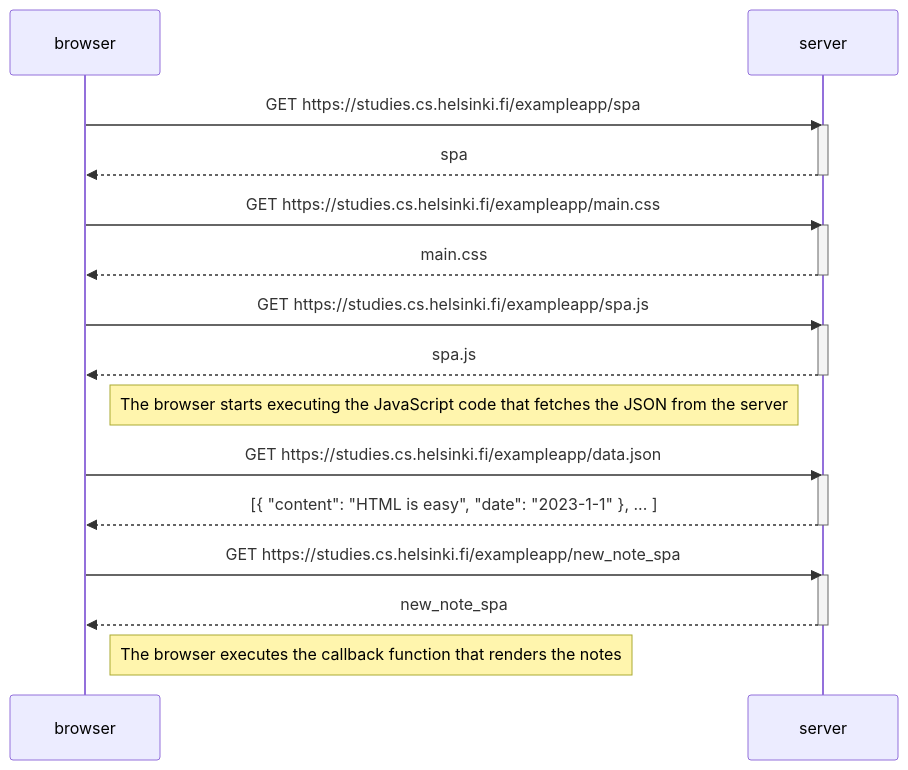
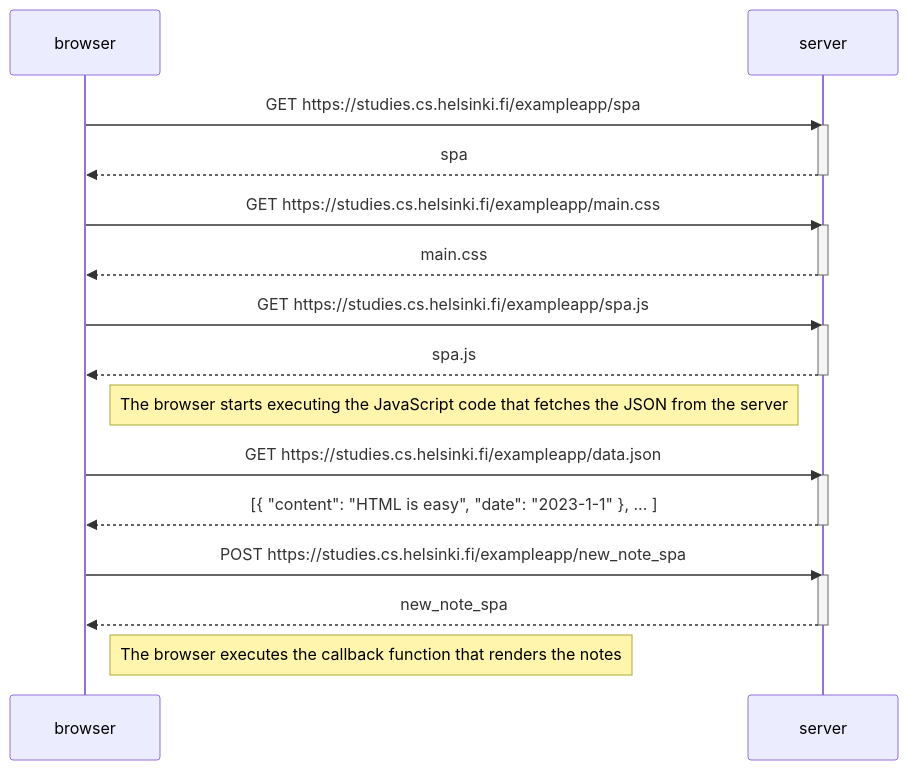
One commit to dariyavali007/FullStackOpenSubmissions changed the diagram in part0/0.6: New note in Single page app diagram.md. Above: the diagram before and after it, drawn with Mermaid.

Commit message:
Change GET to POST for new_note_spa request

````diff
--- a/part0/0.6: New note in Single page app diagram.md
+++ b/part0/0.6: New note in Single page app diagram.md
@@ -1,34 +1,34 @@
 ```mermaid
 sequenceDiagram
     participant browser
     participant server
 
     browser->>server: GET https://studies.cs.helsinki.fi/exampleapp/spa
     activate server
     server-->>browser: spa
     deactivate server
 
     browser->>server: GET https://studies.cs.helsinki.fi/exampleapp/main.css
     activate server
     server-->>browser: main.css
     deactivate server
 
     browser->>server: GET https://studies.cs.helsinki.fi/exampleapp/spa.js
     activate server
     server-->>browser: spa.js
     deactivate server
 
     Note right of browser: The browser starts executing the JavaScript code that fetches the JSON from the server
 
     browser->>server: GET https://studies.cs.helsinki.fi/exampleapp/data.json
     activate server
     server-->>browser: [{ "content": "HTML is easy", "date": "2023-1-1" }, ... ]
     deactivate server
 
-    browser->>server: GET https://studies.cs.helsinki.fi/exampleapp/new_note_spa
+    browser->>server: POST https://studies.cs.helsinki.fi/exampleapp/new_note_spa
     activate server
     server-->>browser: new_note_spa
     deactivate server
 
     Note right of browser: The browser executes the callback function that renders the notes
 ```
````
